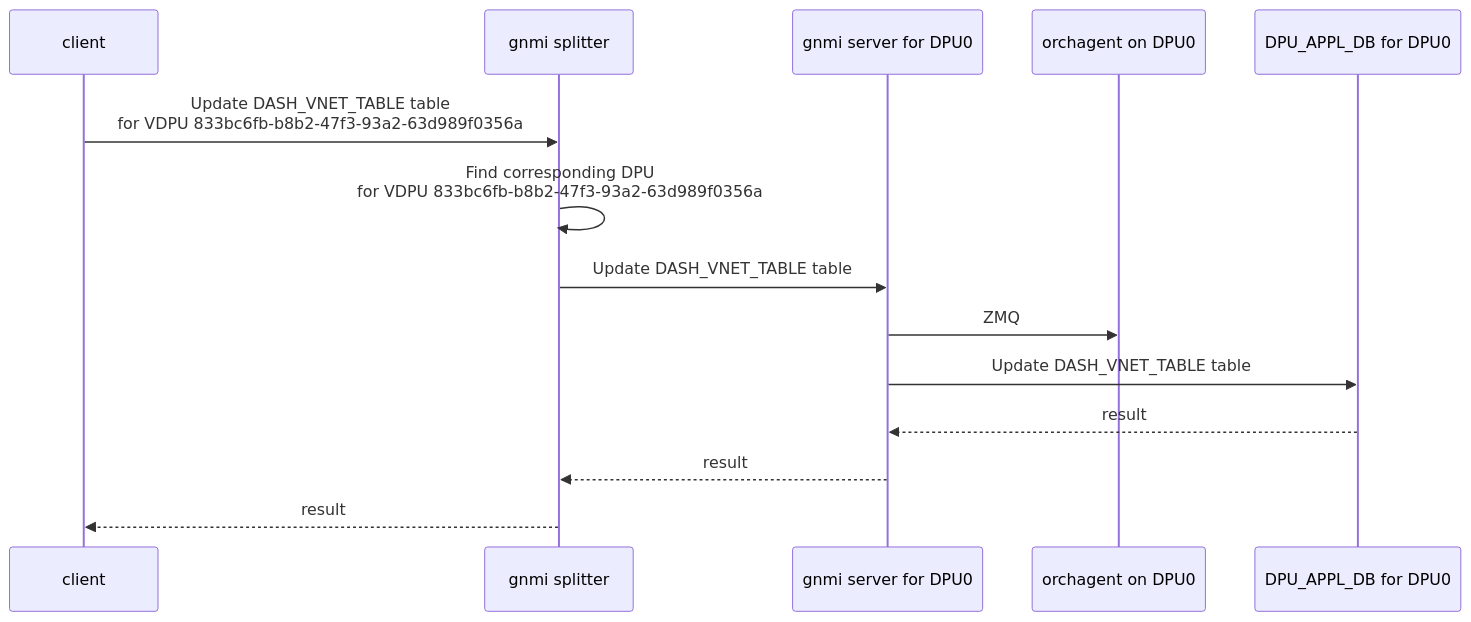
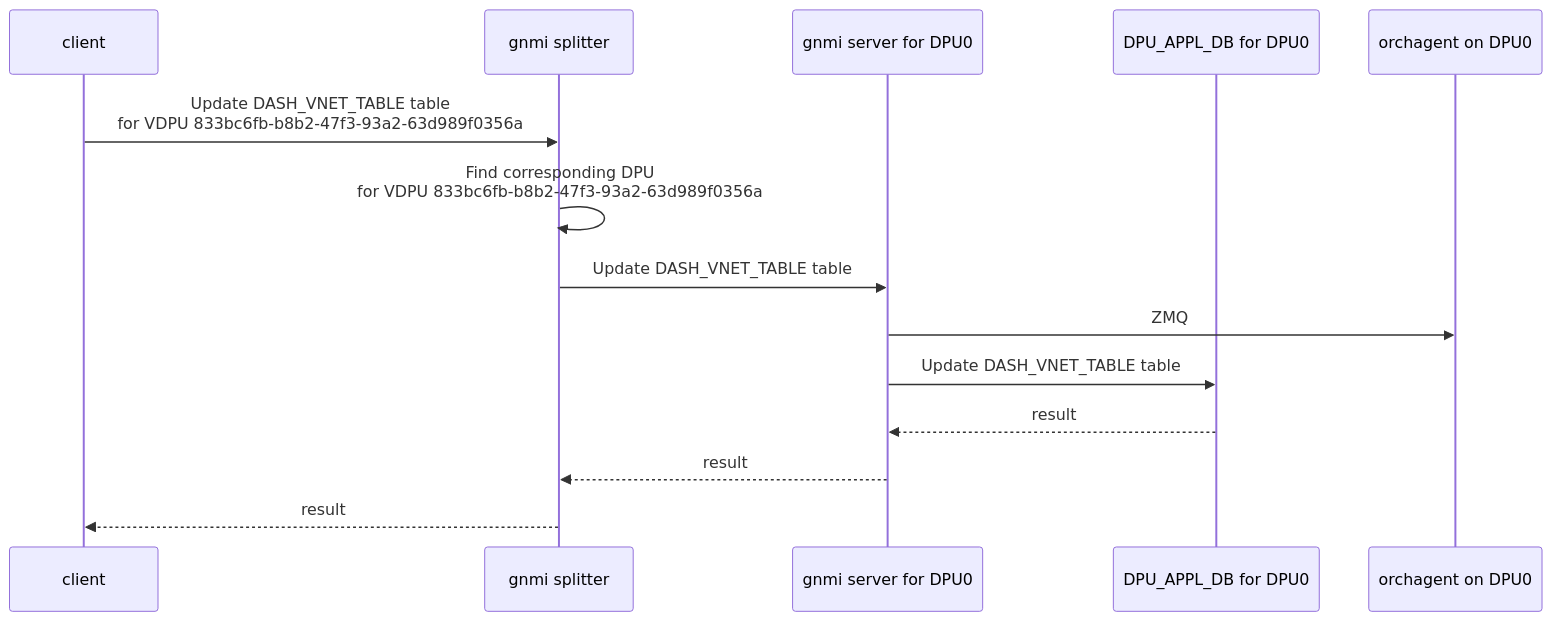
One commit to wen587/mermaid changed the diagram in VDPU_PROGRAMMING.md. Above: the diagram before and after it, drawn with Mermaid. The commit also changed other lines of this file, not shown here.

````diff
--- a/VDPU_PROGRAMMING.md
+++ b/VDPU_PROGRAMMING.md
@@ -1,16 +1,16 @@
 ```mermaid
 sequenceDiagram
     participant client
     participant gnmi splitter
     participant gnmi server for DPU0
+    participant DPU_APPL_DB for DPU0
     participant orchagent on DPU0
-    participant DPU_APPL_DB for DPU0
     client->>gnmi splitter: Update DASH_VNET_TABLE table<br>for VDPU 833bc6fb-b8b2-47f3-93a2-63d989f0356a
     gnmi splitter->>gnmi splitter: Find corresponding DPU<br> for VDPU 833bc6fb-b8b2-47f3-93a2-63d989f0356a
     gnmi splitter->>gnmi server for DPU0: Update DASH_VNET_TABLE table
     gnmi server for DPU0->>orchagent on DPU0: ZMQ
     gnmi server for DPU0->>DPU_APPL_DB for DPU0: Update DASH_VNET_TABLE table
     DPU_APPL_DB for DPU0-->>gnmi server for DPU0: result
     gnmi server for DPU0-->>gnmi splitter: result
     gnmi splitter-->>client: result
 ```
````
